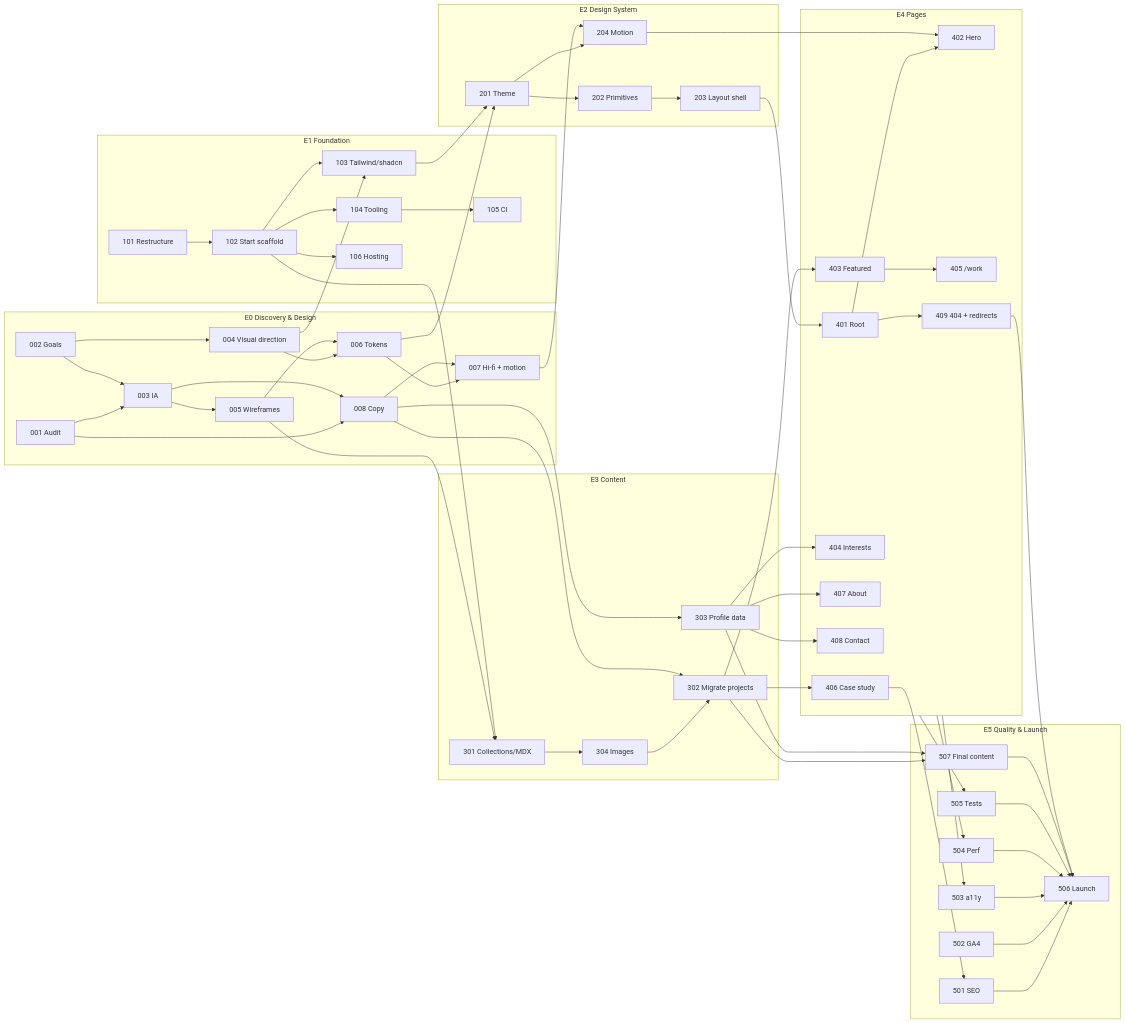
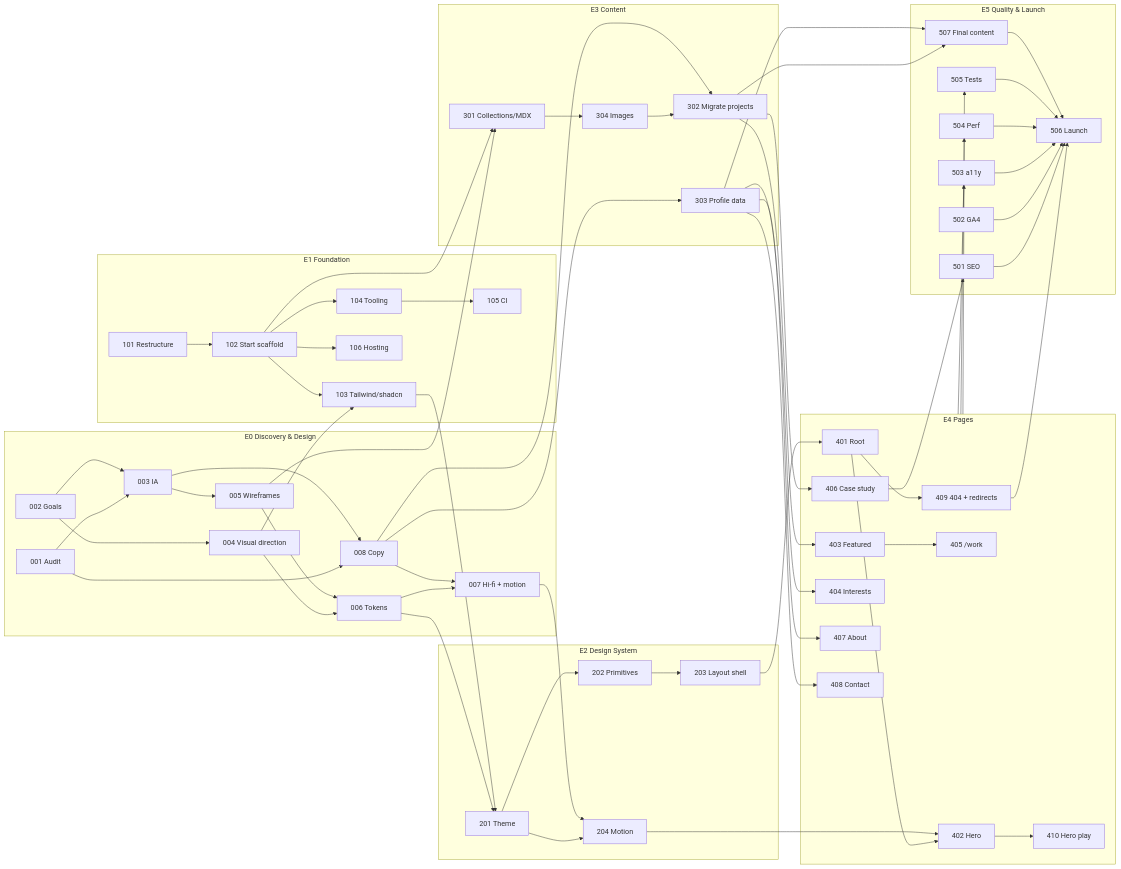
One commit to bibibranco/bibibrancov3 changed the diagram in tickets/README.md. Above: the diagram before and after it, drawn with Mermaid. The commit also changed other lines of this file and 2 other files, not shown here.

Commit message:
docs(PORT-410): ticket, board row and hero play copy

````diff
--- a/tickets/README.md
+++ b/tickets/README.md
@@ -38,64 +38,64 @@
 ```mermaid
 flowchart LR
   subgraph E0[E0 Discovery & Design]
     P001[001 Audit] --> P003[003 IA]
     P002[002 Goals] --> P003
     P002 --> P004[004 Visual direction]
     P003 --> P005[005 Wireframes]
     P004 --> P006[006 Tokens]
     P005 --> P006
     P001 --> P008[008 Copy]
     P003 --> P008
     P006 --> P007[007 Hi-fi + motion]
     P008 --> P007
   end
   subgraph E1[E1 Foundation]
     P101[101 Restructure] --> P102[102 Start scaffold]
     P102 --> P103[103 Tailwind/shadcn]
     P102 --> P104[104 Tooling] --> P105[105 CI]
     P102 --> P106[106 Hosting]
   end
   subgraph E2[E2 Design System]
     P201[201 Theme] --> P202[202 Primitives] --> P203[203 Layout shell]
     P201 --> P204[204 Motion]
   end
   subgraph E3[E3 Content]
     P301[301 Collections/MDX] --> P304[304 Images] --> P302[302 Migrate projects]
     P303[303 Profile data]
   end
   subgraph E4[E4 Pages]
-    P401[401 Root] --> P402[402 Hero]
+    P401[401 Root] --> P402[402 Hero] --> P410[410 Hero play]
     P403[403 Featured] --> P405[405 /work]
     P406[406 Case study]
     P404[404 Interests]
     P407[407 About]
     P408[408 Contact]
     P409[409 404 + redirects]
   end
   subgraph E5[E5 Quality & Launch]
     P501[501 SEO] & P502[502 GA4] & P503[503 a11y] & P504[504 Perf] & P505[505 Tests] & P507[507 Final content] --> P506[506 Launch]
   end
   P103 --> P201
   P004 --> P103
   P006 --> P201
   P007 --> P204
   P102 --> P301
   P005 --> P301
   P008 --> P302
   P008 --> P303
   P203 --> P401
   P204 --> P402
   P302 --> P403
   P302 --> P406
   P303 --> P404
   P303 --> P407
   P303 --> P408
   P401 --> P409
   P406 --> P501
   E4 --> P503
   E4 --> P504
   E4 --> P505
   P409 --> P506
   P302 --> P507
   P303 --> P507
 ```
````
